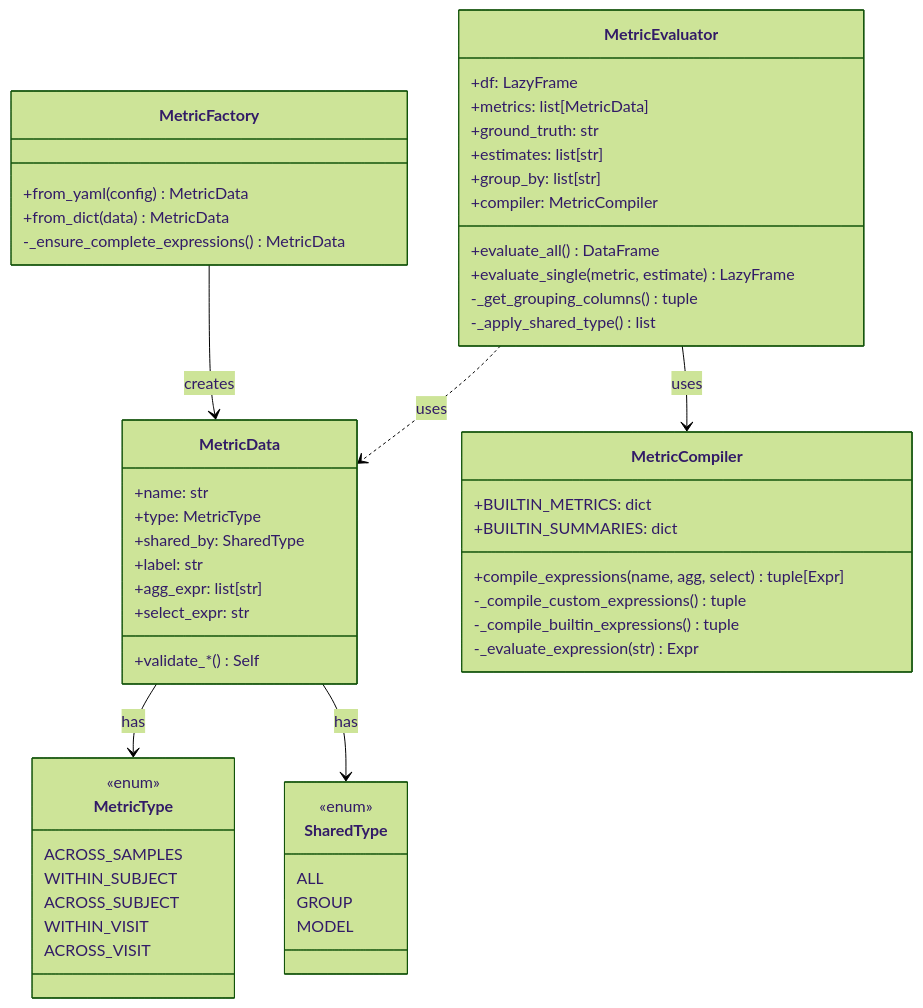
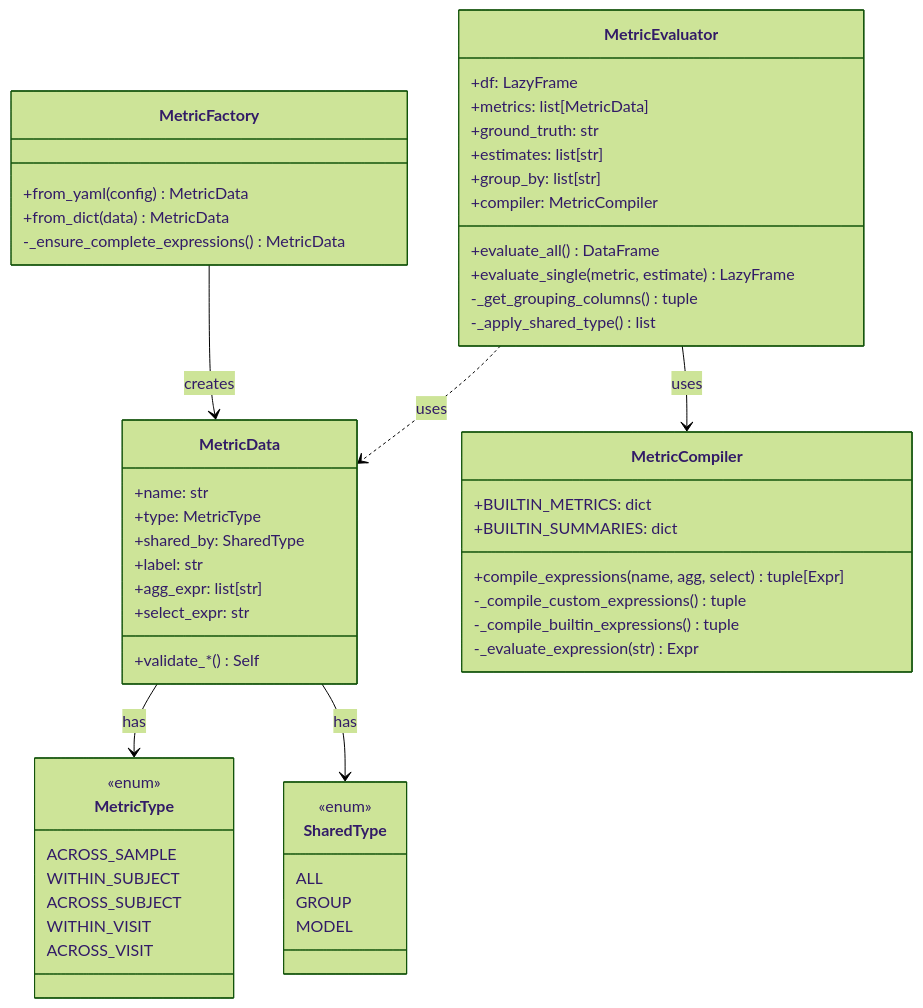
The first of 2 diagrams in plan/class_diagram.md (elong0527/demo_eval_metric), drawn with Mermaid (forest theme) before and after one commit. The commit also changed 11 other files, not shown here.

Commit message:
rename across_samples to across_sample

````diff
--- a/plan/class_diagram.md
+++ b/plan/class_diagram.md
@@ -5,62 +5,62 @@
 ```mermaid
 classDiagram
     class MetricEvaluator {
         +df: LazyFrame
         +metrics: list[MetricData]
         +ground_truth: str
         +estimates: list[str]
         +group_by: list[str]
         +compiler: MetricCompiler
         +evaluate_all() DataFrame
         +evaluate_single(metric, estimate) LazyFrame
         -_get_grouping_columns() tuple
         -_apply_shared_type() list
     }
 
     class MetricData {
         +name: str
         +type: MetricType
         +shared_by: SharedType
         +label: str
         +agg_expr: list[str]
         +select_expr: str
         +validate_*() Self
     }
 
     class MetricFactory {
         +from_yaml(config) MetricData
         +from_dict(data) MetricData
         -_ensure_complete_expressions() MetricData
     }
 
     class MetricCompiler {
         +BUILTIN_METRICS: dict
         +BUILTIN_SUMMARIES: dict
         +compile_expressions(name, agg, select) tuple[Expr]
         -_compile_custom_expressions() tuple
         -_compile_builtin_expressions() tuple
         -_evaluate_expression(str) Expr
     }
 
     class MetricType {
         <<enum>>
-        ACROSS_SAMPLES
+        ACROSS_SAMPLE
         WITHIN_SUBJECT
         ACROSS_SUBJECT
         WITHIN_VISIT
         ACROSS_VISIT
     }
 
     class SharedType {
         <<enum>>
         ALL
         GROUP
         MODEL
     }
 
     MetricEvaluator ..> MetricData : uses
     MetricEvaluator --> MetricCompiler : uses
     MetricFactory --> MetricData : creates
     MetricData --> MetricType : has
     MetricData --> SharedType : has
 ```
````
